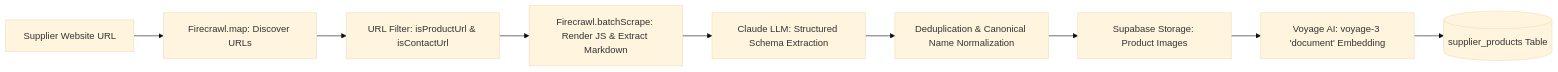
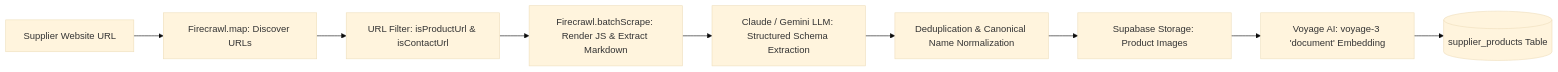
Before and after one commit to foodXchange/FDX: the third of 4 diagrams in docs/ARCHITECTURE.md, drawn with Mermaid (base theme). The commit also changed other lines of this file and 5 other files, not shown here.

Commit message:
docs: comprehensively update architecture, product story, admin guide, API directory, roadmap, and README

````diff
--- a/docs/ARCHITECTURE.md
+++ b/docs/ARCHITECTURE.md
@@ -99,11 +97,11 @@
 ```mermaid
 flowchart LR
     URL[Supplier Website URL] --> Map[Firecrawl.map: Discover URLs]
     Map --> Filter[URL Filter: isProductUrl & isContactUrl]
     Filter --> BatchScrape[Firecrawl.batchScrape: Render JS & Extract Markdown]
-    BatchScrape --> LLM[Claude LLM: Structured Schema Extraction]
+    BatchScrape --> LLM[Claude / Gemini LLM: Structured Schema Extraction]
     LLM --> Dedup[Deduplication & Canonical Name Normalization]
     Dedup --> Upload[Supabase Storage: Product Images]
     Upload --> Vectorize[Voyage AI: voyage-3 'document' Embedding]
     Vectorize --> DB[(supplier_products Table)]
 ```
````
